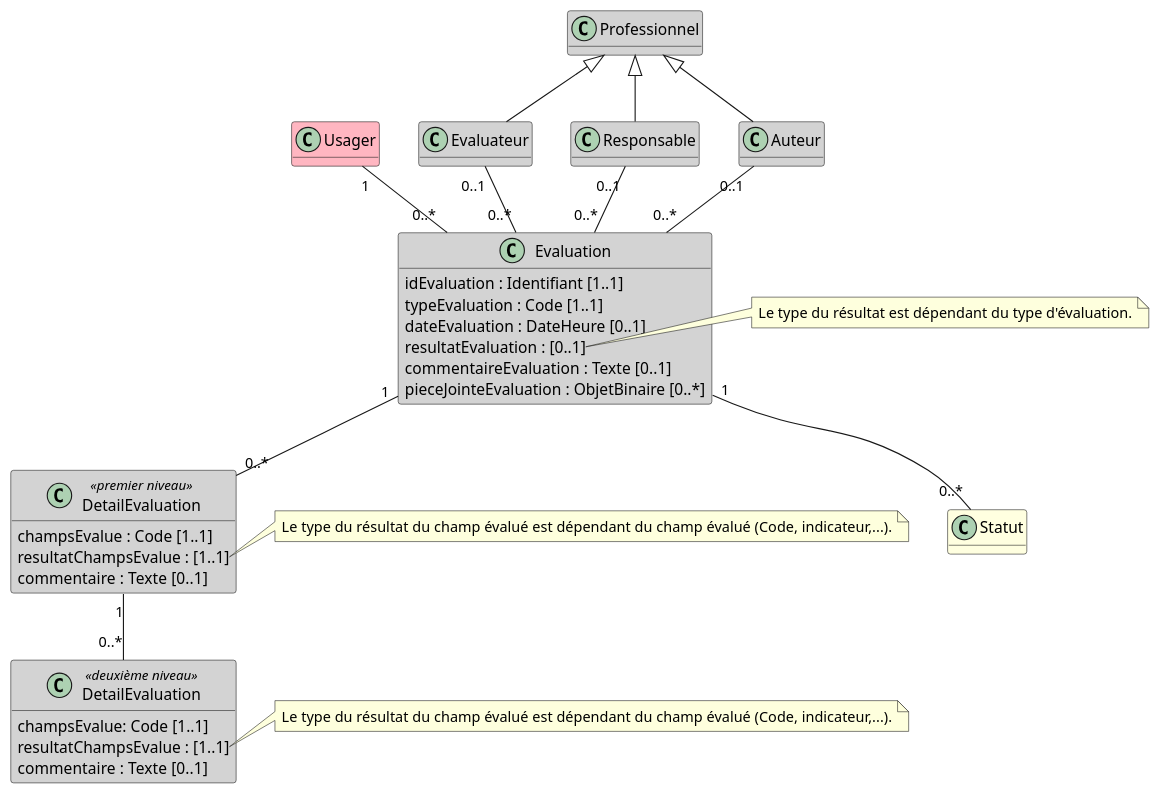
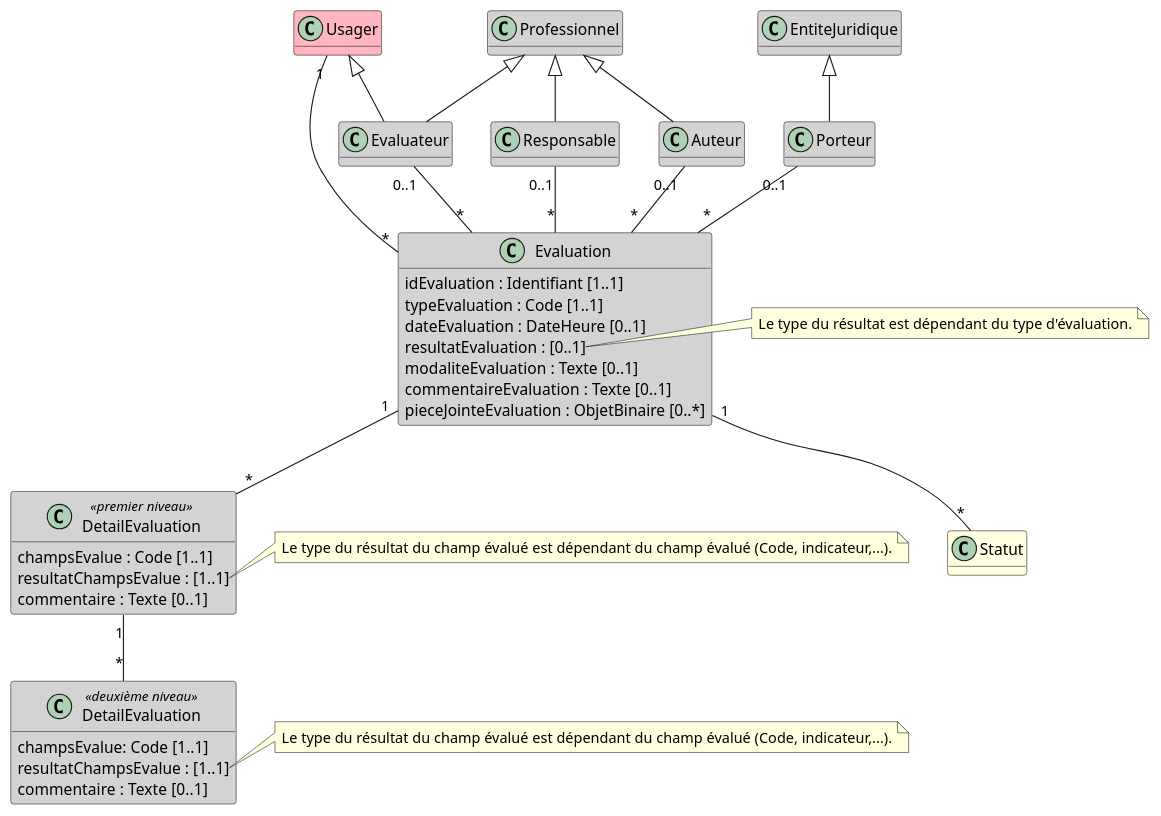
The diagram in input/images-source/bloc_evaluation-grille.plantuml (ansforge/IG-fhir-medicosocial-transfert-donnees-dui), drawn with PlantUML before and after one commit. The commit also changed 8 other files, not shown here.

```diff
--- a/input/images-source/bloc_evaluation-grille.plantuml
+++ b/input/images-source/bloc_evaluation-grille.plantuml
@@ -1,62 +1,73 @@
 @startuml
 
 hide empty methods
 
 class Usager #LightPink
 
 class Evaluateur #LightGray
 
 class Responsable #LightGray
 
 class Auteur #LightGray
 
+class Porteur #LightGray
+
 class Professionnel #LightGray
+
+class EntiteJuridique #LightGray
 
 class Statut #LightYellow
 
 class Evaluation #LightGray {
     idEvaluation : Identifiant [1..1]
     typeEvaluation : Code [1..1]
     dateEvaluation : DateHeure [0..1]
     resultatEvaluation : [0..1]
+    modaliteEvaluation : Texte [0..1]
     commentaireEvaluation : Texte [0..1]
     pieceJointeEvaluation : ObjetBinaire [0..*]
 }
 
 note right of Evaluation::resultat
   Le type du résultat est dépendant du type d'évaluation.
 end note
 
 class "DetailEvaluation" as DetailEvaluationN1 <<premier niveau>> #LightGray {
     champsEvalue : Code [1..1]
     resultatChampsEvalue : [1..1]
     commentaire : Texte [0..1]
 }
 
 note right of DetailEvaluationN1::resultatChampsEvalue
   Le type du résultat du champ évalué est dépendant du champ évalué (Code, indicateur,...).
 end note
 
 class "DetailEvaluation" as DetailEvaluationN2 <<deuxième niveau>> #LightGray {
     champsEvalue: Code [1..1]
     resultatChampsEvalue : [1..1]
     commentaire : Texte [0..1]
 }
 
 note right of DetailEvaluationN2::resultatChampsEvalue
   Le type du résultat du champ évalué est dépendant du champ évalué (Code, indicateur,...).
 end note
 
 Professionnel <|-- Evaluateur
+Usager <|-- Evaluateur
 Professionnel <|-- Responsable
 Professionnel <|-- Auteur
 
-Evaluateur "0..1" -- "0..*" Evaluation
-Responsable "0..1" -- "0..*" Evaluation
-Auteur "0..1" -- "0..*" Evaluation
-Usager "1" -- "0..*" Evaluation
-Evaluation "1" -- "0..*" DetailEvaluationN1
-DetailEvaluationN1 "1" -- "0..*" DetailEvaluationN2
-Evaluation "1" -- "0..*" Statut
+EntiteJuridique <|-- Porteur
+
+Evaluateur "0..1" -- "*" Evaluation
+Responsable "0..1" -- "*" Evaluation
+Auteur "0..1" -- "*" Evaluation
+Usager "1" -- "*" Evaluation
+
+Porteur "0..1" -- "*" Evaluation
+
+Evaluation "1" -- "*" DetailEvaluationN1
+DetailEvaluationN1 "1" -- "*" DetailEvaluationN2
+Evaluation "1" -- "*" Statut
 
 @enduml
```
